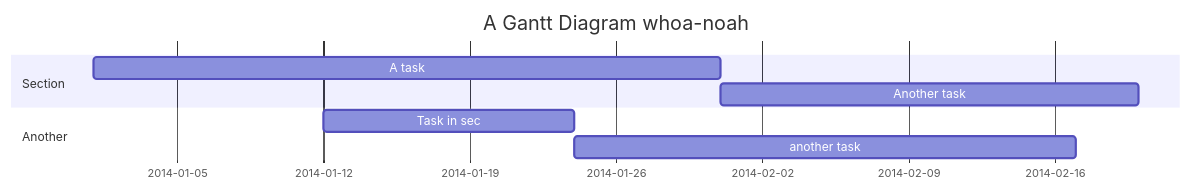
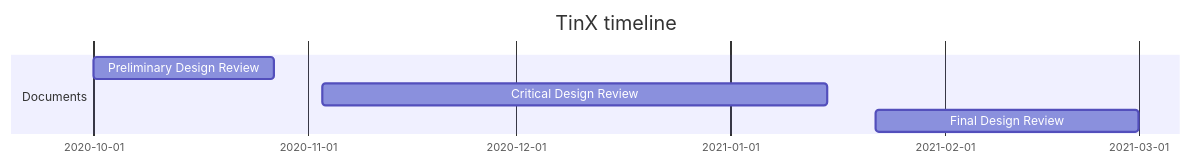
One commit to TinXsat/project-structure changed the diagram in gantt-chart.md. Above: the diagram before and after it, drawn with Mermaid. The commit also changed other lines of this file, not shown here.

````diff
--- a/gantt-chart.md
+++ b/gantt-chart.md
@@ -8,11 +8,10 @@
 ```mermaid
 gantt
-    title A Gantt Diagram whoa-noah
+    title TinX timeline
     dateFormat  YYYY-MM-DD
-    section Section
-    A task           :a1, 2014-01-01, 30d
-    Another task     :after a1  , 20d
-    section Another
-    Task in sec      :2014-01-12  , 12d
-    another task      : 24d
+    
+    section Documents
+    Preliminary Design Review : 2020-10-01, 2020-10-27
+    Critical Design Review  : 2020-11-03, 2021-01-15
+    Final Design Review : 2021-01-22, 2021-03-01
 ```
````
